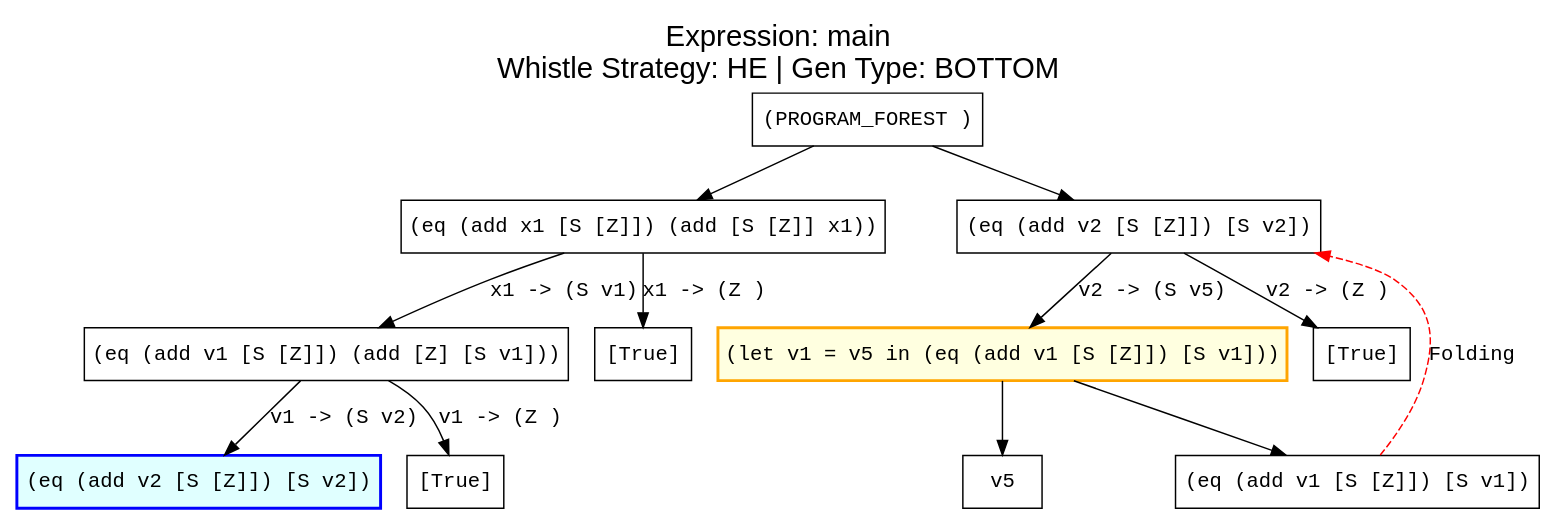
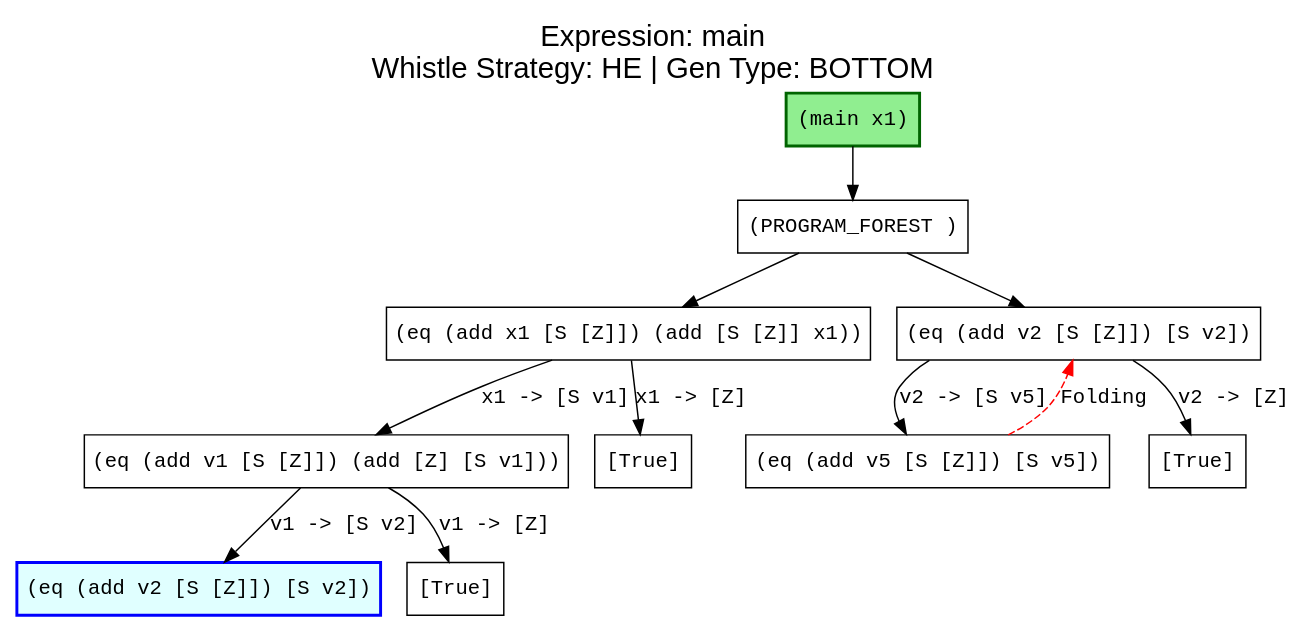
Before and after one commit to makezh/coursework_supercompiler: the diagram in output/commute/he_bottom.dot, drawn with Graphviz. The commit also changed 20 other files, not shown here.

```diff
--- a/output/commute/he_bottom.dot
+++ b/output/commute/he_bottom.dot
@@ -1,31 +1,29 @@
 digraph ProcessTree {
   label="Expression: main\nWhistle Strategy: HE | Gen Type: BOTTOM";
   labelloc="t";
   fontsize=20;
   fontname="Arial";
 
     node [fontname="Courier New"];
     edge [fontname="Courier New"];
+    start [label="(main x1)", shape=box, style="filled", fillcolor="lightgreen", color="darkgreen", penwidth=2.0];
+    start -> n0 [];
     n0 [label="(PROGRAM_FOREST )", shape=box];
     n0 -> n1 [label=""];
     n0 -> n2 [label=""];
     n1 [label="(eq (add x1 [S [Z]]) (add [S [Z]] x1))", shape=box];
-    n1 -> n3 [label="x1 -> (S v1)"];
-    n1 -> n4 [label="x1 -> (Z )"];
+    n1 -> n3 [label="x1 -> [S v1]"];
+    n1 -> n4 [label="x1 -> [Z]"];
     n2 [label="(eq (add v2 [S [Z]]) [S v2])", shape=box];
-    n2 -> n5 [label="v2 -> (S v5)"];
-    n2 -> n6 [label="v2 -> (Z )"];
+    n2 -> n5 [label="v2 -> [S v5]"];
+    n2 -> n6 [label="v2 -> [Z]"];
     n3 [label="(eq (add v1 [S [Z]]) (add [Z] [S v1]))", shape=box];
-    n3 -> n7 [label="v1 -> (S v2)"];
-    n3 -> n8 [label="v1 -> (Z )"];
+    n3 -> n7 [label="v1 -> [S v2]"];
+    n3 -> n8 [label="v1 -> [Z]"];
     n4 [label="[True]", shape=box];
-    n5 [label="(let v1 = v5 in (eq (add v1 [S [Z]]) [S v1]))", shape=box, style="filled", fillcolor="lightyellow", color="orange", penwidth=2.0];
-    n5 -> n9 [label=""];
-    n5 -> n10 [label=""];
+    n5 [label="(eq (add v5 [S [Z]]) [S v5])", shape=box];
+    n5 -> n2 [style=dashed, color=red, label="Folding"];
     n6 [label="[True]", shape=box];
     n7 [label="(eq (add v2 [S [Z]]) [S v2])", shape=box, style="filled", fillcolor="lightcyan", color="blue", penwidth=2.0];
     n8 [label="[True]", shape=box];
-    n9 [label="v5", shape=box];
-    n10 [label="(eq (add v1 [S [Z]]) [S v1])", shape=box];
-    n10 -> n2 [style=dashed, color=red, label="Folding"];
 }
```
